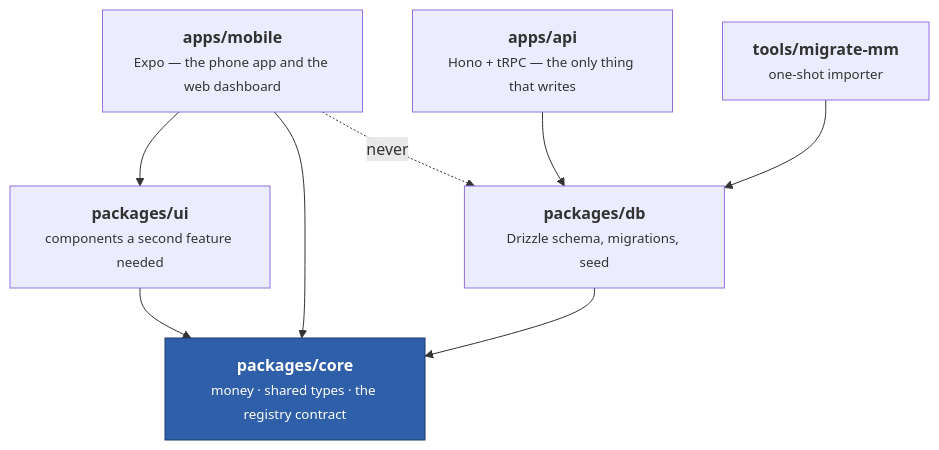
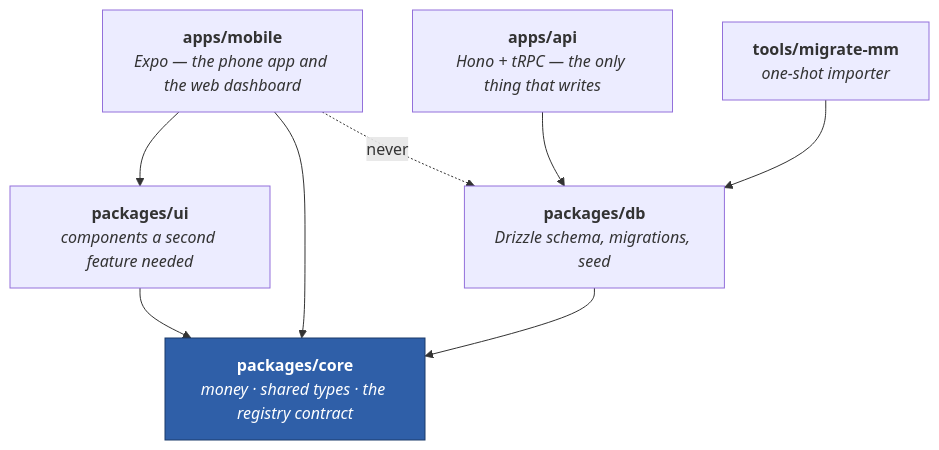
One commit to VoltLightning/waltning changed the first of 4 diagrams in docs/wiki/Architecture-Map.md. Above: the diagram before and after it, drawn with Mermaid. The commit also changed other lines of this file and 15 other files, not shown here.

````diff
--- a/docs/wiki/Architecture-Map.md
+++ b/docs/wiki/Architecture-Map.md
@@ -39,21 +39,21 @@
 ```mermaid
 graph TB
-    MOBILE["<b>apps/mobile</b><br/><small>Expo — the phone app and the web dashboard</small>"]
-    API["<b>apps/api</b><br/><small>Hono + tRPC — the only thing that writes</small>"]
-    UI["<b>packages/ui</b><br/><small>components a second feature needed</small>"]
-    DB["<b>packages/db</b><br/><small>Drizzle schema, migrations, seed</small>"]
-    CORE["<b>packages/core</b><br/><small>money · shared types · the registry contract</small>"]
-    MM["<b>tools/migrate-mm</b><br/><small>one-shot importer</small>"]
+    MOBILE["<b>apps/mobile</b><br/><i>Expo — the phone app and the web dashboard</i>"]
+    API["<b>apps/api</b><br/><i>Hono + tRPC — the only thing that writes</i>"]
+    UI["<b>packages/ui</b><br/><i>components a second feature needed</i>"]
+    DB["<b>packages/db</b><br/><i>Drizzle schema, migrations, seed</i>"]
+    CORE["<b>packages/core</b><br/><i>money · shared types · the registry contract</i>"]
+    MM["<b>tools/migrate-mm</b><br/><i>one-shot importer</i>"]
 
     MOBILE --> UI
     MOBILE --> CORE
     API --> DB
     MM --> DB
     UI --> CORE
     DB --> CORE
 
     MOBILE -.->|"never"| DB
 
     classDef floor fill:#2f5fa8,stroke:#1a3a6b,color:#fff
     class CORE floor
 ```
````
